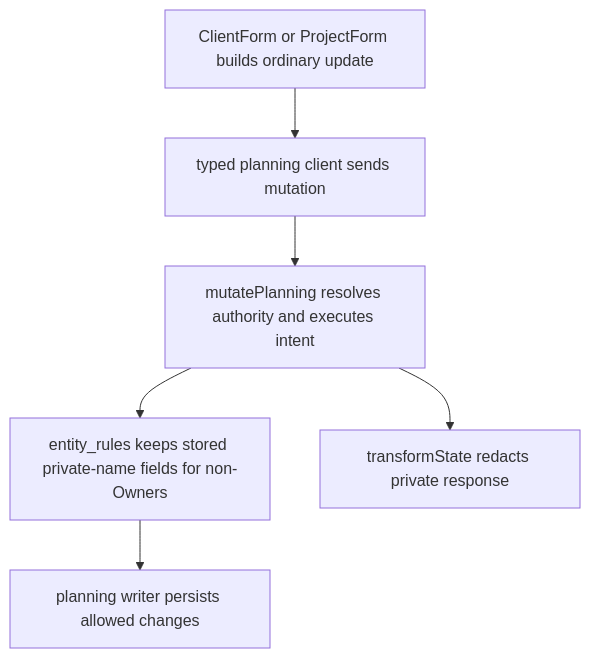
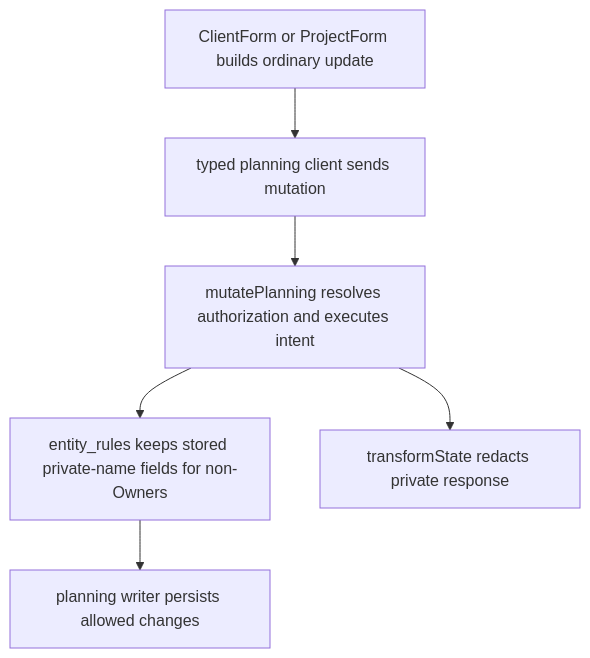
The second of 2 diagrams in user-stories/privacy/US-PRI-02-preserve-private-identities-on-writes.md (Kevinjohn/capacitylens), drawn with Mermaid before and after one commit. The commit also changed 285 other files, not shown here.

````diff
--- a/user-stories/privacy/US-PRI-02-preserve-private-identities-on-writes.md
+++ b/user-stories/privacy/US-PRI-02-preserve-private-identities-on-writes.md
@@ -31,8 +31,8 @@
 ```mermaid
 flowchart TD
   ui["ClientForm or ProjectForm builds ordinary update"] --> client["typed planning client sends mutation"]
-  client --> server["mutatePlanning resolves authority and executes intent"]
+  client --> server["mutatePlanning resolves authorization and executes intent"]
   server --> rules["entity_rules keeps stored private-name fields for non-Owners"]
   rules --> writer["planning writer persists allowed changes"]
   server --> response["transformState redacts private response"]
 ```
````
